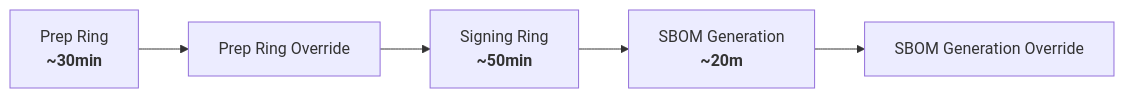
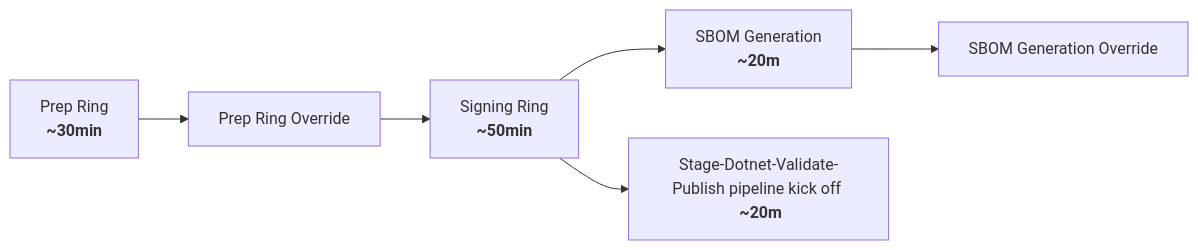
One commit to dotnet/arcade changed the second of 4 diagrams in Documentation/TeamProcess/One-Pagers/retrying-stages-staging-pipeline.md. Above: the diagram before and after it, drawn with Mermaid. The commit also changed other lines of this file, not shown here.

````diff
--- a/Documentation/TeamProcess/One-Pagers/retrying-stages-staging-pipeline.md
+++ b/Documentation/TeamProcess/One-Pagers/retrying-stages-staging-pipeline.md
@@ -76,7 +77,8 @@
 ```mermaid
 flowchart LR;
   prep["Prep Ring \n <b>~30min</b>"] --> prep_override[Prep Ring Override]
   prep_override --> signing["Signing Ring \n <b>~50min</b>"]
   signing--> sbom_generation["SBOM Generation \n <b>~20m</b>"]
+  signing--> kick_2nd_pipeline["Stage-Dotnet-Validate-Publish pipeline kick off \n <b>~20m</b>"]
   sbom_generation --> sbom_generation_override[SBOM Generation Override]
 ```
````
